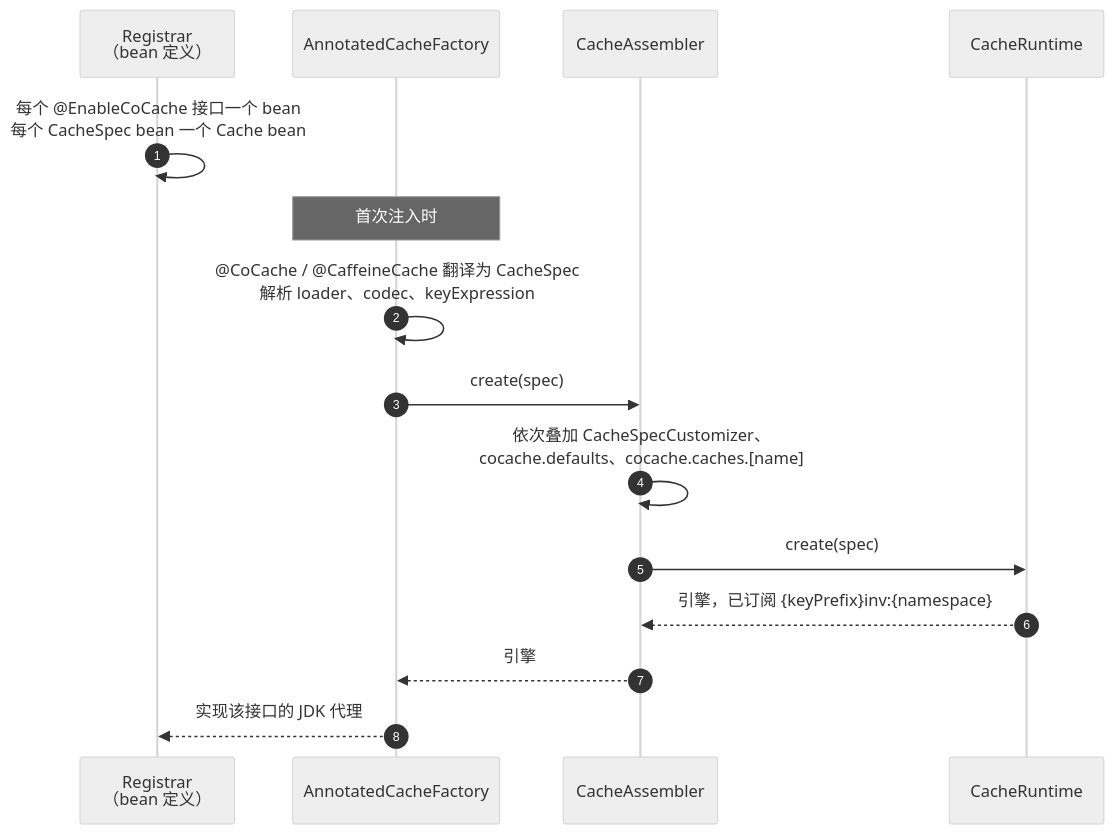
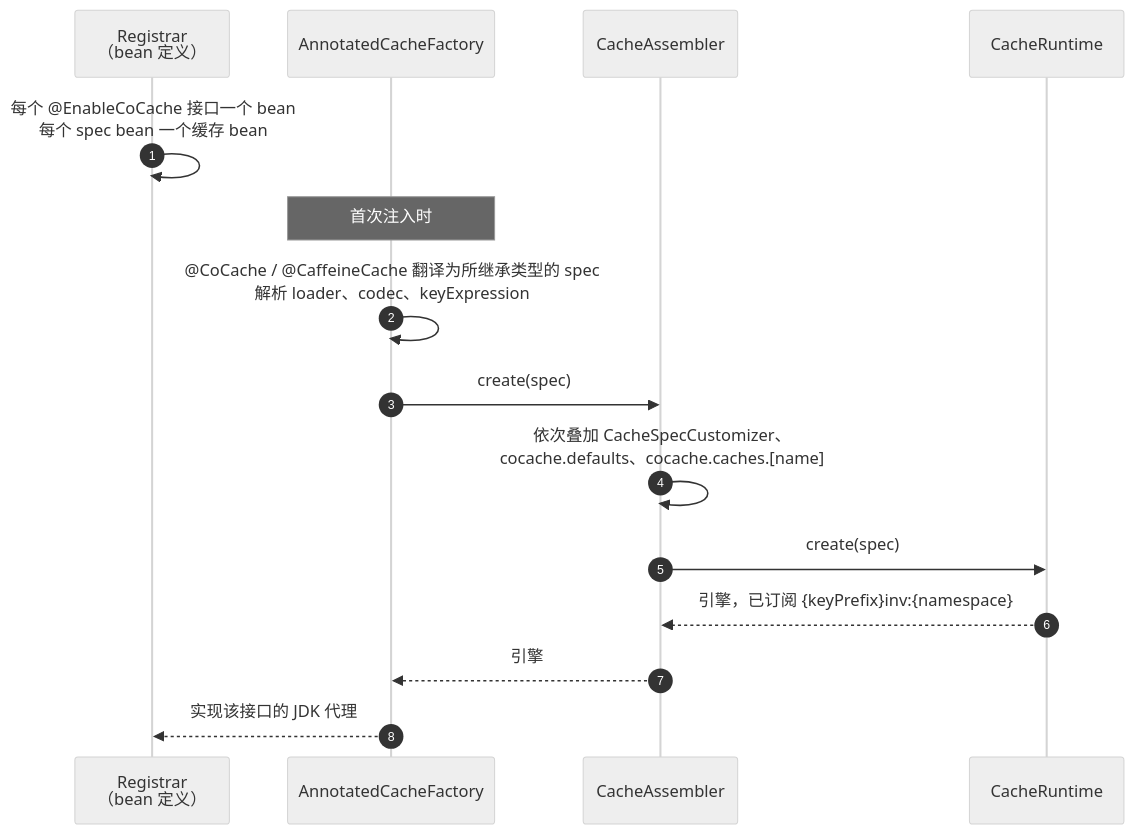
One commit to Ahoo-Wang/CoCache changed the second of 2 diagrams in wiki/zh/architecture/index.md. Above: the diagram before and after it, drawn with Mermaid (neutral theme). The commit also changed other lines of this file and 240 other files, not shown here.

````diff
--- a/wiki/zh/architecture/index.md
+++ b/wiki/zh/architecture/index.md
@@ -97,17 +97,17 @@
 ```mermaid
 sequenceDiagram
     autonumber
     participant Reg as Registrar<br>（bean 定义）
     participant Fac as AnnotatedCacheFactory
     participant Asm as CacheAssembler
     participant RT as CacheRuntime
-    Reg->>Reg: 每个 @EnableCoCache 接口一个 bean<br>每个 CacheSpec bean 一个 Cache bean
+    Reg->>Reg: 每个 @EnableCoCache 接口一个 bean<br>每个 spec bean 一个缓存 bean
     Note over Fac: 首次注入时
-    Fac->>Fac: @CoCache / @CaffeineCache 翻译为 CacheSpec<br>解析 loader、codec、keyExpression
+    Fac->>Fac: @CoCache / @CaffeineCache 翻译为所继承类型的 spec<br>解析 loader、codec、keyExpression
     Fac->>Asm: create(spec)
     Asm->>Asm: 依次叠加 CacheSpecCustomizer、<br>cocache.defaults、cocache.caches.[name]
     Asm->>RT: create(spec)
     RT-->>Asm: 引擎，已订阅 {keyPrefix}inv:{namespace}
     Asm-->>Fac: 引擎
     Fac-->>Reg: 实现该接口的 JDK 代理
 ```
````
